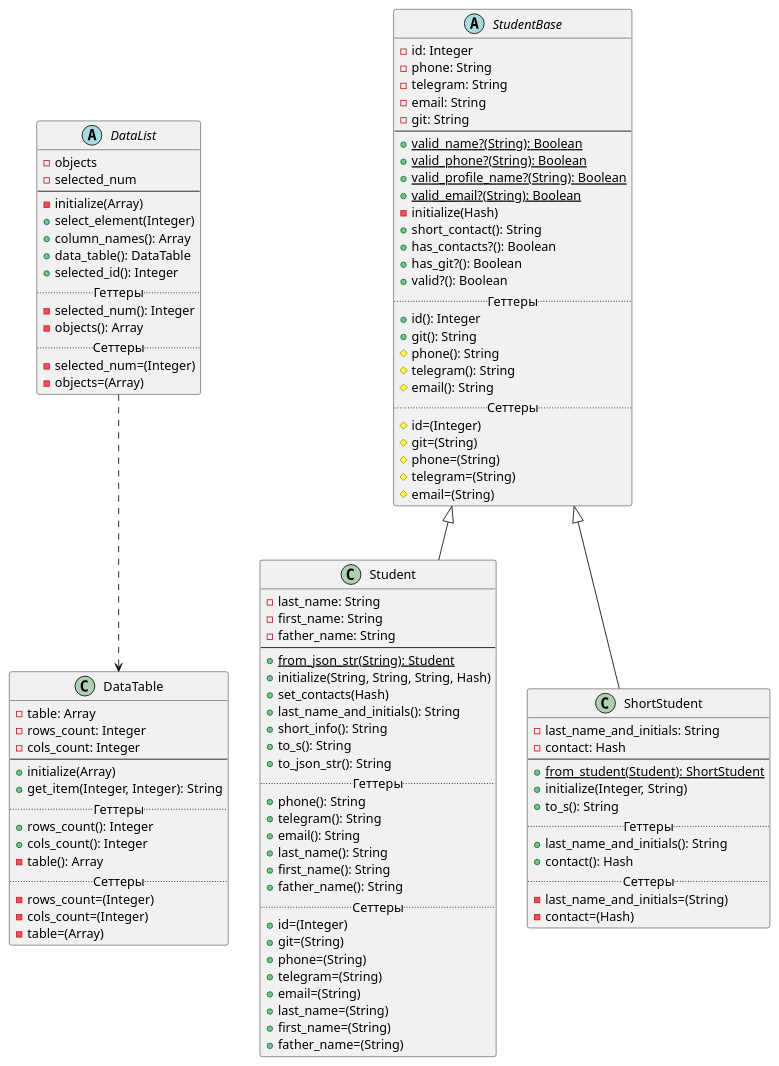
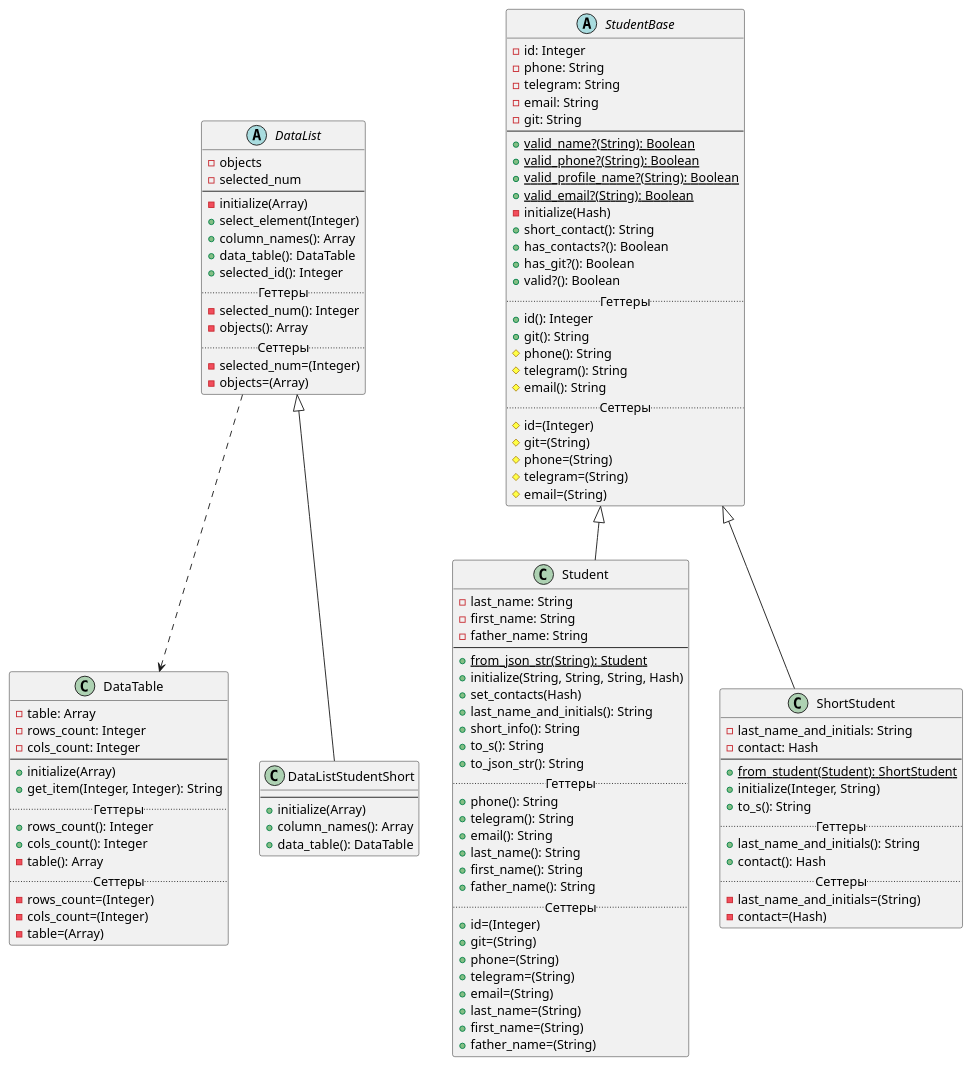
Before and after one commit to r1411/PatternsLabs: the diagram in Diagrams/lab2.puml, drawn with PlantUML. The commit also changed 3 other files, not shown here.

Commit message:
Класс DataListStudentShort (Лаб 2, Задание 3.5)

```diff
--- a/Diagrams/lab2.puml
+++ b/Diagrams/lab2.puml
@@ -1,115 +1,122 @@
 @startuml
 'https://plantuml.com/class-diagram
 
 DataList ..> DataTable
 
 abstract class StudentBase {
     -id: Integer
     -phone: String
     -telegram: String
     -email: String
     -git: String
     --
     +{static}valid_name?(String): Boolean
     +{static}valid_phone?(String): Boolean
     +{static}valid_profile_name?(String): Boolean
     +{static}valid_email?(String): Boolean
     -initialize(Hash)
     +short_contact(): String
     +has_contacts?(): Boolean
     +has_git?(): Boolean
     +valid?(): Boolean
     .. Геттеры ..
     +id(): Integer
     +git(): String
     #phone(): String
     #telegram(): String
     #email(): String
     .. Сеттеры ..
     #id=(Integer)
     #git=(String)
     #phone=(String)
     #telegram=(String)
     #email=(String)
 }
 
 class Student extends StudentBase {
     -last_name: String
     -first_name: String
     -father_name: String
     --
     +{static}from_json_str(String): Student
     +initialize(String, String, String, Hash)
     +set_contacts(Hash)
     +last_name_and_initials(): String
     +short_info(): String
     +to_s(): String
     +to_json_str(): String
     .. Геттеры ..
     +phone(): String
     +telegram(): String
     +email(): String
     +last_name(): String
     +first_name(): String
     +father_name(): String
     .. Сеттеры ..
     +id=(Integer)
     +git=(String)
     +phone=(String)
     +telegram=(String)
     +email=(String)
     +last_name=(String)
     +first_name=(String)
     +father_name=(String)
 }
 
 class ShortStudent extends StudentBase {
     -last_name_and_initials: String
     -contact: Hash
     --
     +{static}from_student(Student): ShortStudent
     +initialize(Integer, String)
     +to_s(): String
     .. Геттеры ..
     +last_name_and_initials(): String
     +contact(): Hash
     .. Сеттеры ..
     -last_name_and_initials=(String)
     -contact=(Hash)
 }
 
 class DataTable {
     -table: Array
     -rows_count: Integer
     -cols_count: Integer
     --
     +initialize(Array)
     +get_item(Integer, Integer): String
     .. Геттеры ..
     +rows_count(): Integer
     +cols_count(): Integer
     -table(): Array
     .. Сеттеры ..
     -rows_count=(Integer)
     -cols_count=(Integer)
     -table=(Array)
 }
 
 abstract class DataList {
     -objects
     -selected_num
     --
     -initialize(Array)
     +select_element(Integer)
     +column_names(): Array
     +data_table(): DataTable
     +selected_id(): Integer
     .. Геттеры ..
     -selected_num(): Integer
     -objects(): Array
     .. Сеттеры ..
     -selected_num=(Integer)
     -objects=(Array)
 }
 
+class DataListStudentShort extends DataList {
+    --
+    +initialize(Array)
+    +column_names(): Array
+    +data_table(): DataTable
+}
+
 @enduml
```
